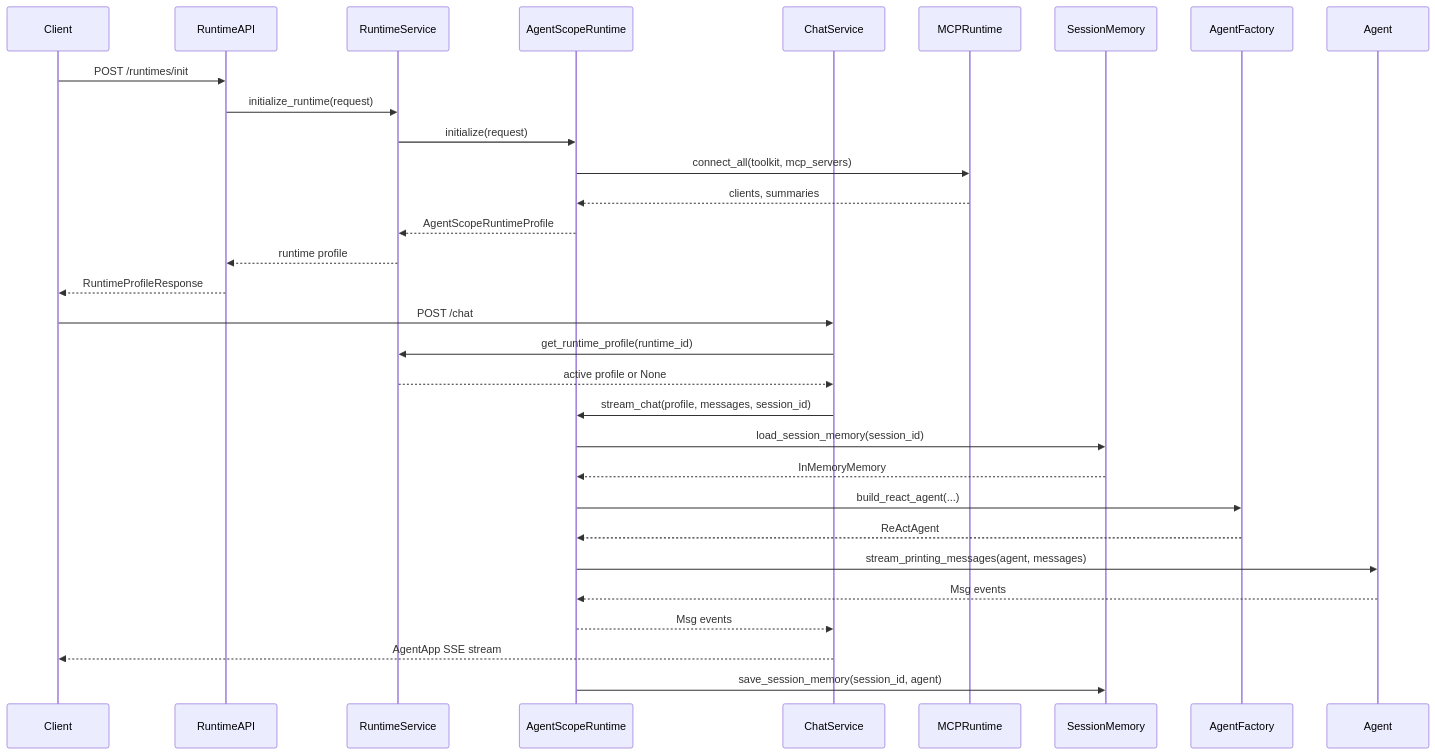
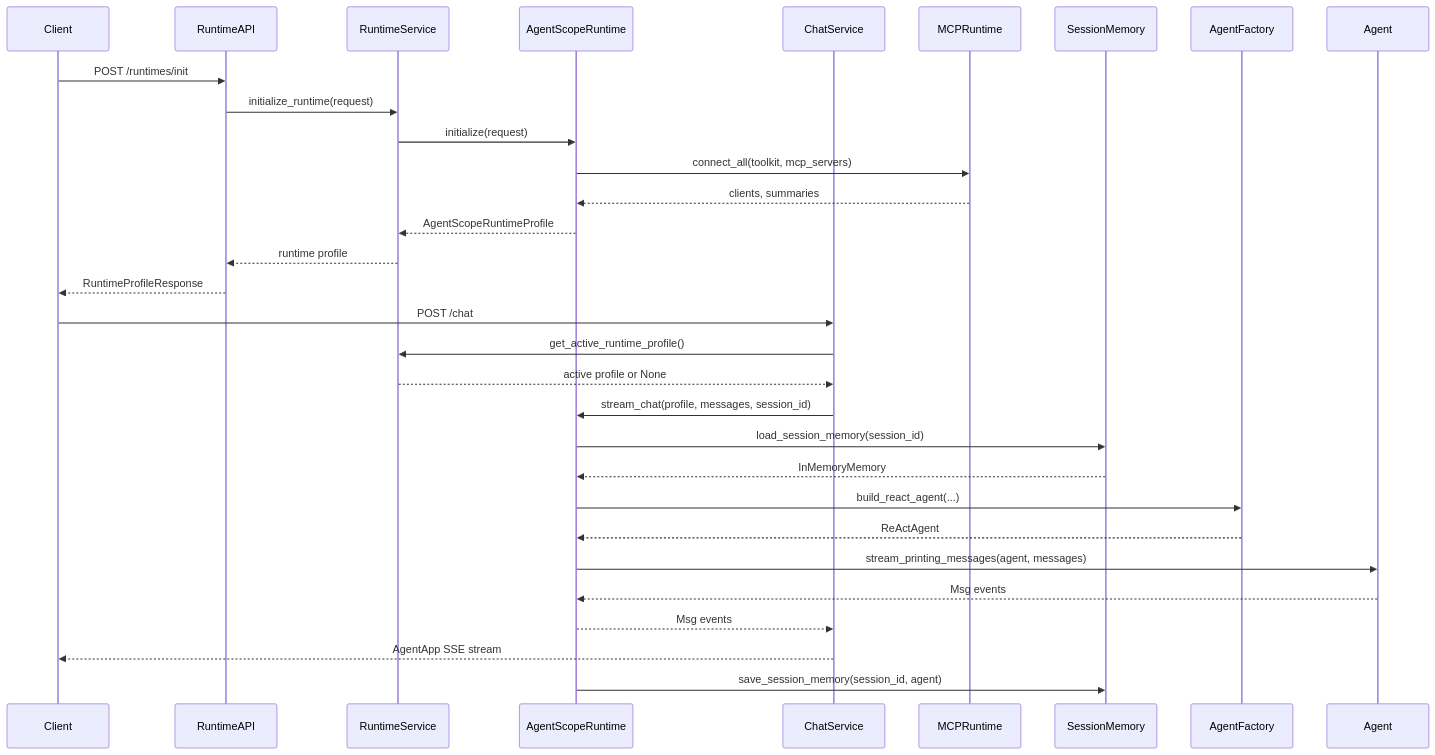
One commit to mooneclipsed/myagent changed the fourth of 4 diagrams in docs/architecture.md. Above: the diagram before and after it, drawn with Mermaid. The commit also changed other lines of this file and 18 other files, not shown here.

Commit message:
refactor: remove runtime id from runtime profile

````diff
--- a/docs/architecture.md
+++ b/docs/architecture.md
@@ -267,35 +249,35 @@
 ```mermaid
 sequenceDiagram
     participant Client
     participant RuntimeAPI
     participant RuntimeService
     participant AgentScopeRuntime
     participant ChatService
     participant MCPRuntime
     participant SessionMemory
     participant AgentFactory
     participant Agent
 
     Client->>RuntimeAPI: POST /runtimes/init
     RuntimeAPI->>RuntimeService: initialize_runtime(request)
     RuntimeService->>AgentScopeRuntime: initialize(request)
     AgentScopeRuntime->>MCPRuntime: connect_all(toolkit, mcp_servers)
     MCPRuntime-->>AgentScopeRuntime: clients, summaries
     AgentScopeRuntime-->>RuntimeService: AgentScopeRuntimeProfile
     RuntimeService-->>RuntimeAPI: runtime profile
     RuntimeAPI-->>Client: RuntimeProfileResponse
 
     Client->>ChatService: POST /chat
-    ChatService->>RuntimeService: get_runtime_profile(runtime_id)
+    ChatService->>RuntimeService: get_active_runtime_profile()
     RuntimeService-->>ChatService: active profile or None
     ChatService->>AgentScopeRuntime: stream_chat(profile, messages, session_id)
     AgentScopeRuntime->>SessionMemory: load_session_memory(session_id)
     SessionMemory-->>AgentScopeRuntime: InMemoryMemory
     AgentScopeRuntime->>AgentFactory: build_react_agent(...)
     AgentFactory-->>AgentScopeRuntime: ReActAgent
     AgentScopeRuntime->>Agent: stream_printing_messages(agent, messages)
     Agent-->>AgentScopeRuntime: Msg events
     AgentScopeRuntime-->>ChatService: Msg events
     ChatService-->>Client: AgentApp SSE stream
     AgentScopeRuntime->>SessionMemory: save_session_memory(session_id, agent)
 ```
````
